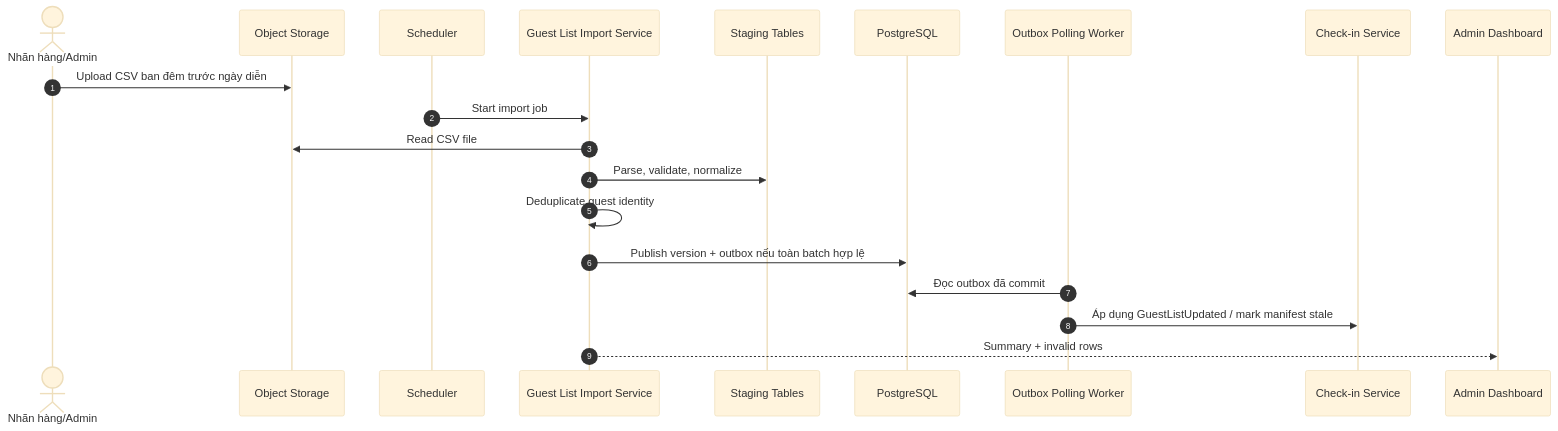
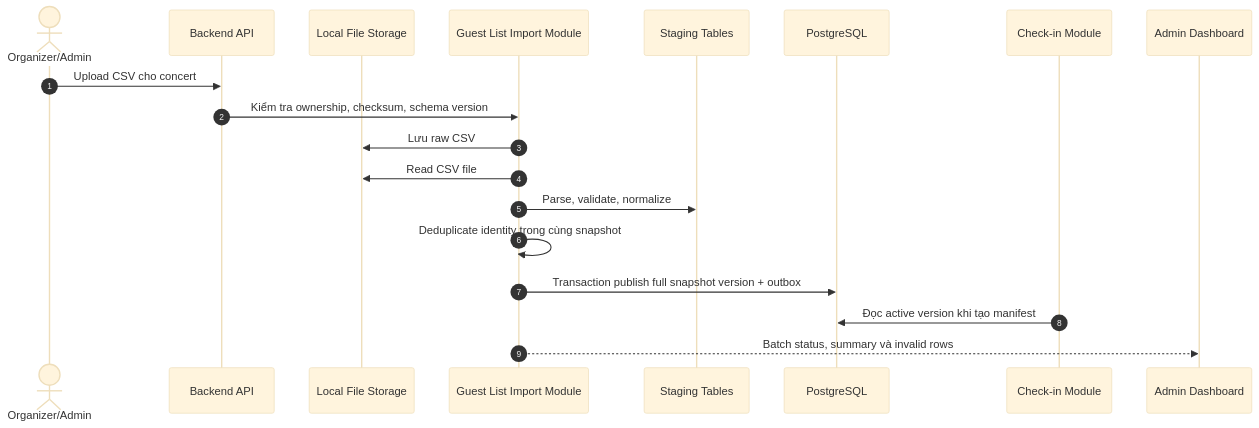
The third of 5 diagrams in blueprint/05-business-flows.md (Toanapr/ticket-box), drawn with Mermaid (base theme) before and after one commit. The commit also changed other lines of this file and 24 other files, not shown here.

````diff
--- a/blueprint/05-business-flows.md
+++ b/blueprint/05-business-flows.md
@@ -95,23 +95,22 @@
 ```mermaid
 sequenceDiagram
     autonumber
-    actor Sponsor as Nhãn hàng/Admin
-    participant Storage as Object Storage
-    participant Scheduler as Scheduler
-    participant Import as Guest List Import Service
+    actor Admin as Organizer/Admin
+    participant API as Backend API
+    participant Storage as Local File Storage
+    participant Import as Guest List Import Module
     participant Staging as Staging Tables
     participant DB as PostgreSQL
-    participant OutboxWorker as Outbox Polling Worker
-    participant Checkin as Check-in Service
-    participant Admin as Admin Dashboard
+    participant Checkin as Check-in Module
+    participant AdminWeb as Admin Dashboard
 
-    Sponsor->>Storage: Upload CSV ban đêm trước ngày diễn
-    Scheduler->>Import: Start import job
+    Admin->>API: Upload CSV cho concert
+    API->>Import: Kiểm tra ownership, checksum, schema version
+    Import->>Storage: Lưu raw CSV
     Import->>Storage: Read CSV file
     Import->>Staging: Parse, validate, normalize
-    Import->>Import: Deduplicate guest identity
-    Import->>DB: Publish version + outbox nếu toàn batch hợp lệ
-    OutboxWorker->>DB: Đọc outbox đã commit
-    OutboxWorker->>Checkin: Áp dụng GuestListUpdated / mark manifest stale
-    Import-->>Admin: Summary + invalid rows
+    Import->>Import: Deduplicate identity trong cùng snapshot
+    Import->>DB: Transaction publish full snapshot version + outbox
+    Checkin->>DB: Đọc active version khi tạo manifest
+    Import-->>AdminWeb: Batch status, summary và invalid rows
 ```
````
